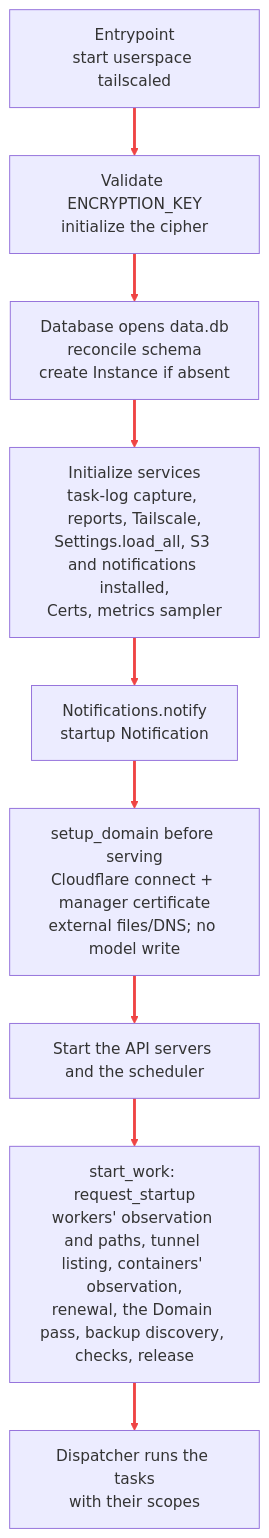
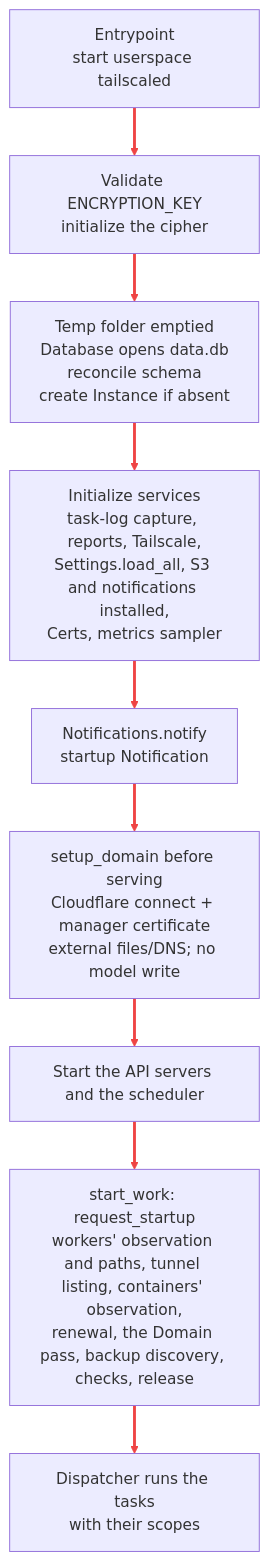
The fourth of 4 diagrams in docs/operations.md (v31-dev/sage), drawn with Mermaid before and after one commit. The commit also changed 13 other files, not shown here.

````diff
--- a/docs/operations.md
+++ b/docs/operations.md
@@ -354,16 +354,16 @@
 ```mermaid
 %%{init: {"themeVariables": {"lineColor": "#ef4444"}, "themeCSS": ".marker { overflow: visible; } .arrowMarkerPath { stroke-width: 2px !important; } .edge-pattern-dotted { stroke-dasharray: 8 6 !important; }"}}%%
 flowchart TB
     entry["Entrypoint<br/>start userspace tailscaled"]
     key["Validate ENCRYPTION_KEY<br/>initialize the cipher"]
-    database["Database opens data.db<br/>reconcile schema<br/>create Instance if absent"]
+    database["Temp folder emptied<br/>Database opens data.db<br/>reconcile schema<br/>create Instance if absent"]
     services["Initialize services<br/>task-log capture, reports, Tailscale,<br/>Settings.load_all, S3 and notifications installed,<br/>Certs, metrics sampler"]
     notice["Notifications.notify<br/>startup Notification"]
     bootstrap["setup_domain before serving<br/>Cloudflare connect + manager certificate<br/>external files/DNS; no model write"]
     serve["Start the API servers and the scheduler"]
     enqueue["start_work: request_startup<br/>workers' observation and paths, tunnel listing, containers' observation,<br/>renewal, the Domain pass, backup discovery, checks, release"]
     run["Dispatcher runs the tasks<br/>with their scopes"]
 
     entry --> key --> database --> services --> notice --> bootstrap --> serve --> enqueue --> run
     linkStyle default stroke:#ef4444,stroke-width:3px
 ```
````
